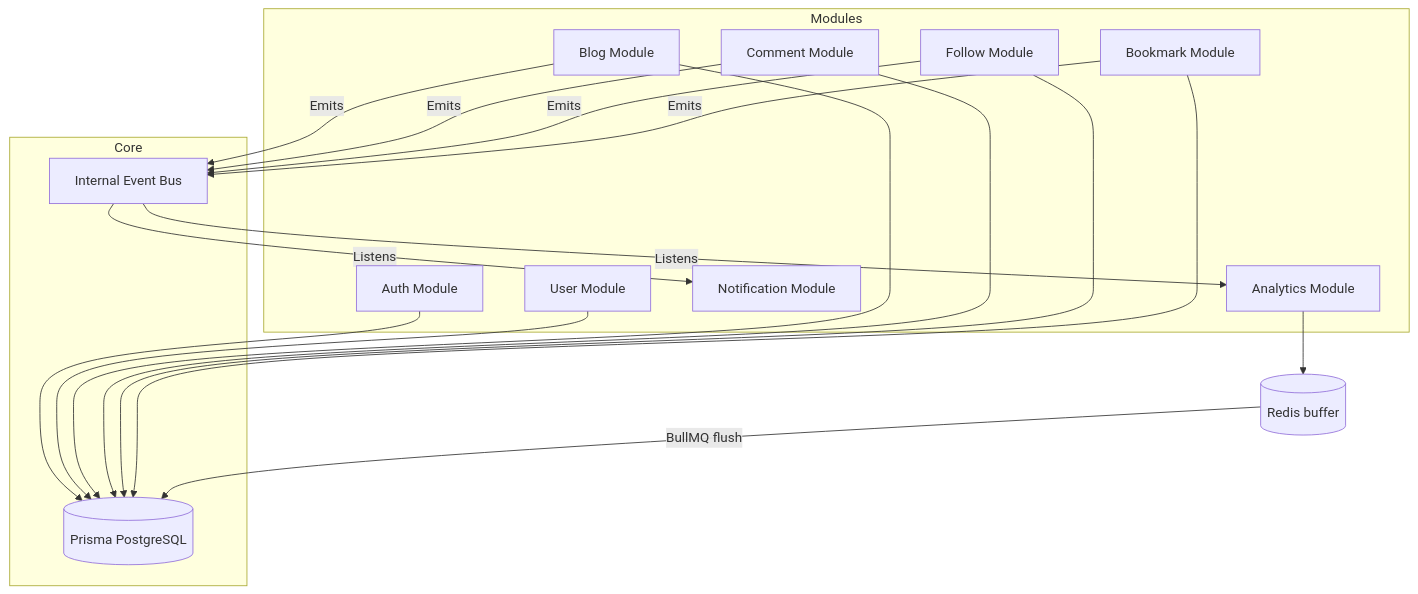
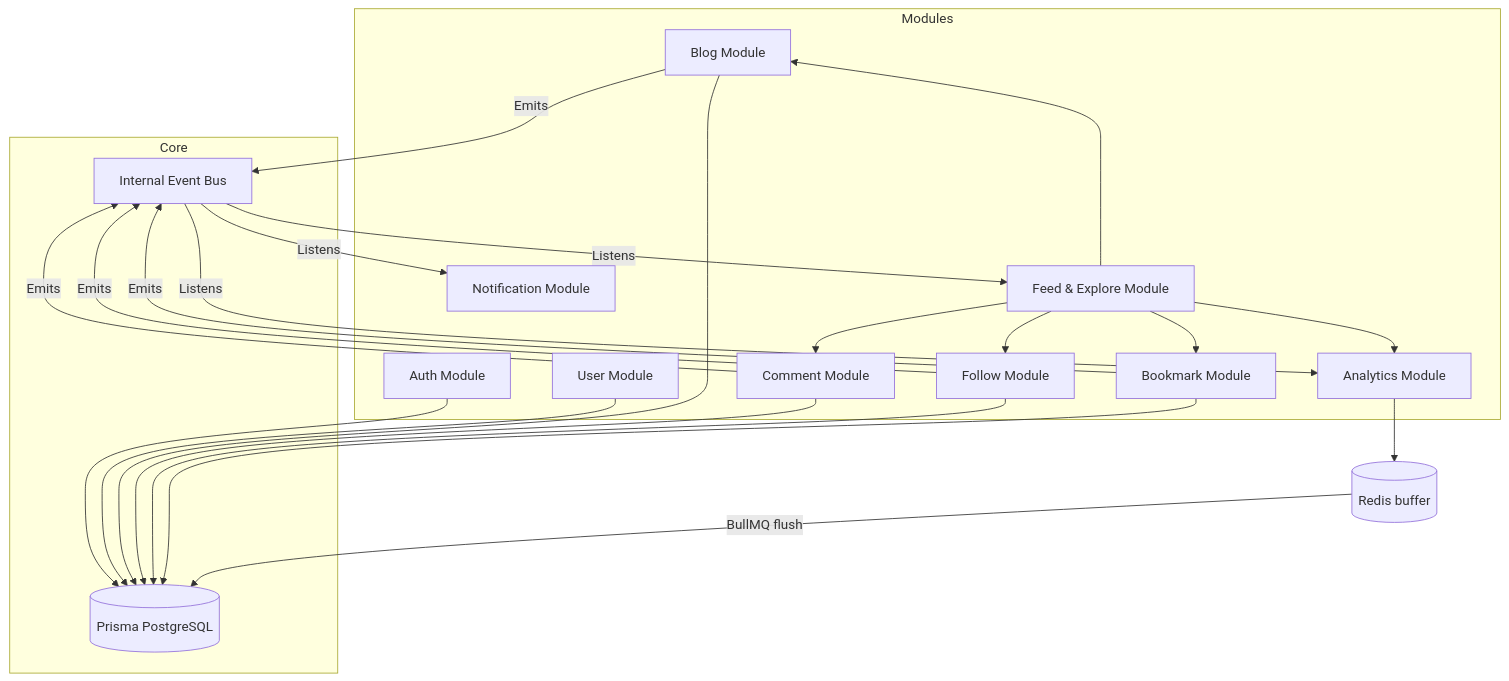
Before and after one commit to samman-varshney/Narrative: the fifth of 6 diagrams in docs/ARCHITECTURE.md, drawn with Mermaid. The commit also changed other lines of this file and 40 other files, not shown here.

Commit message:
feed module completed

````diff
--- a/docs/ARCHITECTURE.md
+++ b/docs/ARCHITECTURE.md
@@ -341,37 +379,47 @@
 ```mermaid
 graph TD
     subgraph Modules
         Auth[Auth Module]
         User[User Module]
         Blog[Blog Module]
         Comment[Comment Module]
         Follow[Follow Module]
         Bookmark[Bookmark Module]
         Notif[Notification Module]
         Analyt[Analytics Module]
+        Feed[Feed & Explore Module]
     end
     
     subgraph Core
         EventBus[Internal Event Bus]
         DB[(Prisma PostgreSQL)]
     end
     
     Auth --> DB
     User --> DB
     Blog --> DB
     Comment --> DB
     Follow --> DB
     
     Bookmark --> DB
 
     Blog -- Emits --> EventBus
     Comment -- Emits --> EventBus
     Follow -- Emits --> EventBus
     Bookmark -- Emits --> EventBus
 
     EventBus -- Listens --> Notif
     EventBus -- Listens --> Analyt
+    EventBus -- Listens --> Feed
+
+    %% Feed is a leaf: it composes sibling SERVICES and nothing depends on it,
+    %% so no cycle (Blog -> Feed -> Blog) can form.
+    Feed --> Blog
+    Feed --> Follow
+    Feed --> Analyt
+    Feed --> Comment
+    Feed --> Bookmark
 
     Analyt --> Redis[(Redis buffer)]
     Redis -- BullMQ flush --> DB
 ```
````
